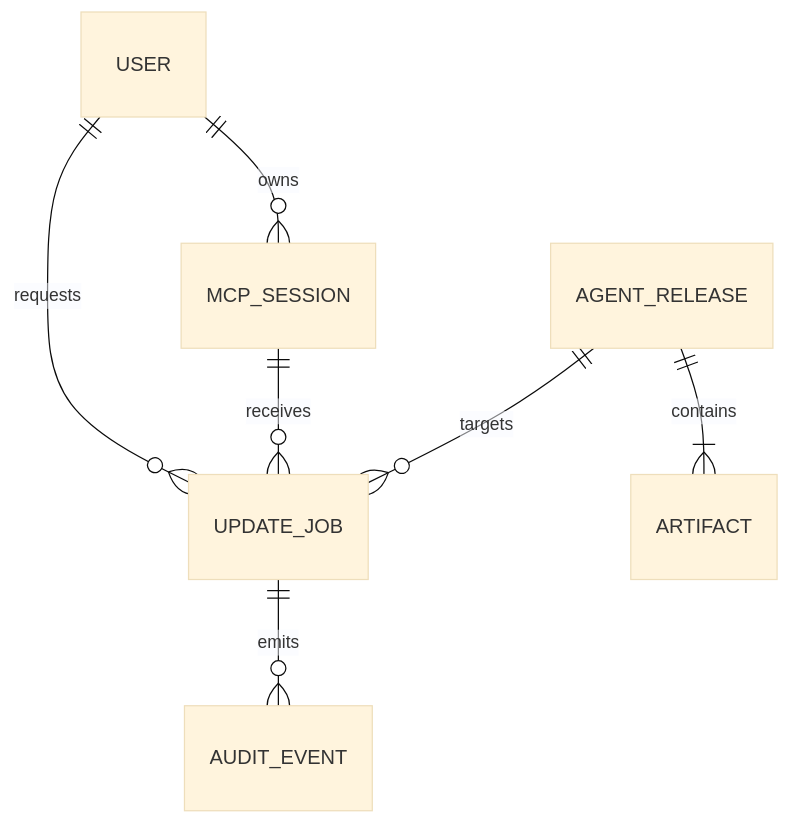
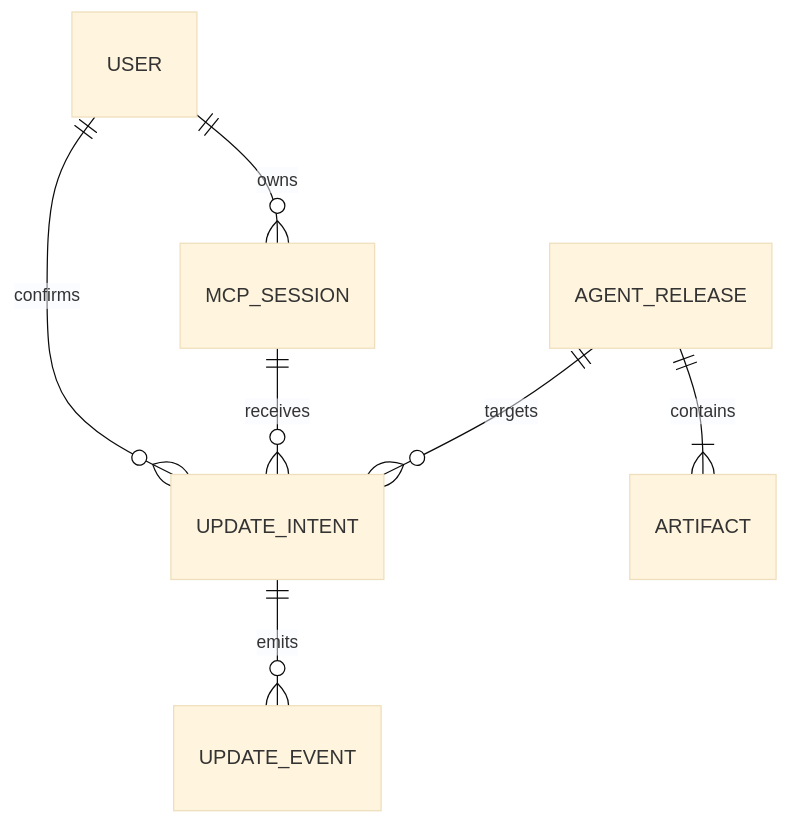
The sixth of 7 diagrams in docs/prototypes/agent-runtime-update-mvp/FULL_DESIGN.md (Dylan5237/prototype-manager), drawn with Mermaid (base theme) before and after one commit. The commit also changed other lines of this file and 10 other files, not shown here.

````diff
--- a/docs/prototypes/agent-runtime-update-mvp/FULL_DESIGN.md
+++ b/docs/prototypes/agent-runtime-update-mvp/FULL_DESIGN.md
@@ -279,9 +284,9 @@
 ```mermaid
 erDiagram
   USER ||--o{ MCP_SESSION : owns
-  AGENT_RELEASE ||--o{ UPDATE_JOB : targets
-  MCP_SESSION ||--o{ UPDATE_JOB : receives
-  USER ||--o{ UPDATE_JOB : requests
+  AGENT_RELEASE ||--o{ UPDATE_INTENT : targets
+  MCP_SESSION ||--o{ UPDATE_INTENT : receives
+  USER ||--o{ UPDATE_INTENT : confirms
   AGENT_RELEASE ||--|{ ARTIFACT : contains
-  UPDATE_JOB ||--o{ AUDIT_EVENT : emits
+  UPDATE_INTENT ||--o{ UPDATE_EVENT : emits
 ```
````
